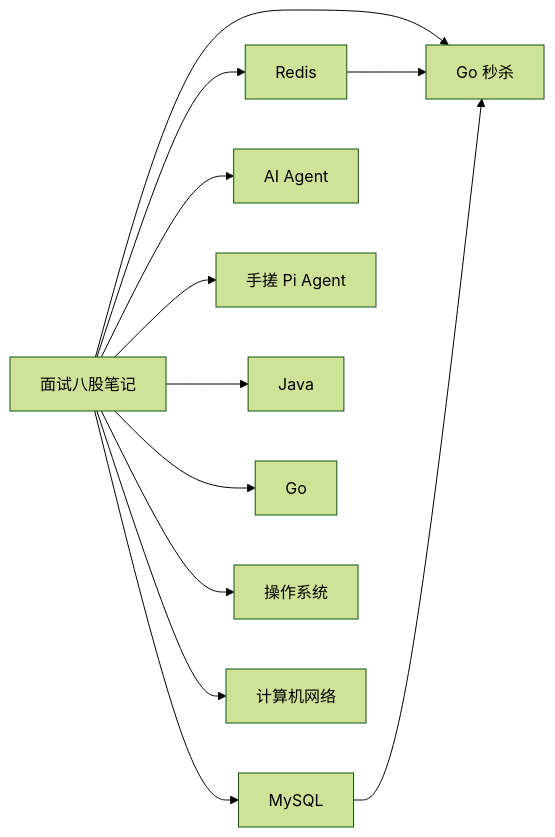
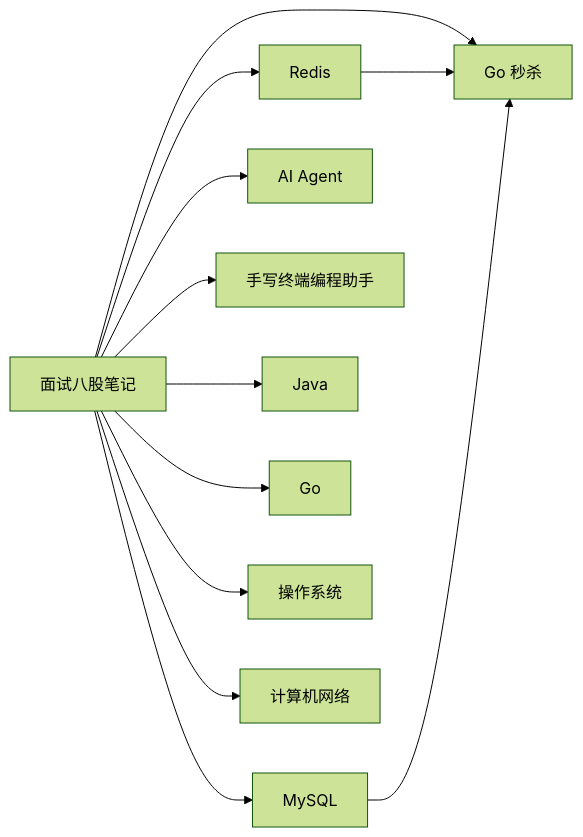
The diagram in docs/index.md (LosAveRoad/interview-prep), drawn with Mermaid (forest theme) before and after one commit. The commit also changed other lines of this file and 38 other files, not shown here.

````diff
--- a/docs/index.md
+++ b/docs/index.md
@@ -85,15 +85,15 @@
 ```mermaid
 flowchart LR
   home[面试八股笔记]
   home --> redis[Redis]
   home --> mysql[MySQL]
   home --> seckill[Go 秒杀]
   home --> agent[AI Agent]
-  home --> pi[手搓 Pi Agent]
+  home --> terminal[手写终端编程助手]
   home --> java[Java]
   home --> golang[Go]
   home --> os[操作系统]
   home --> net[计算机网络]
   redis --> seckill
   mysql --> seckill
 ```
````
